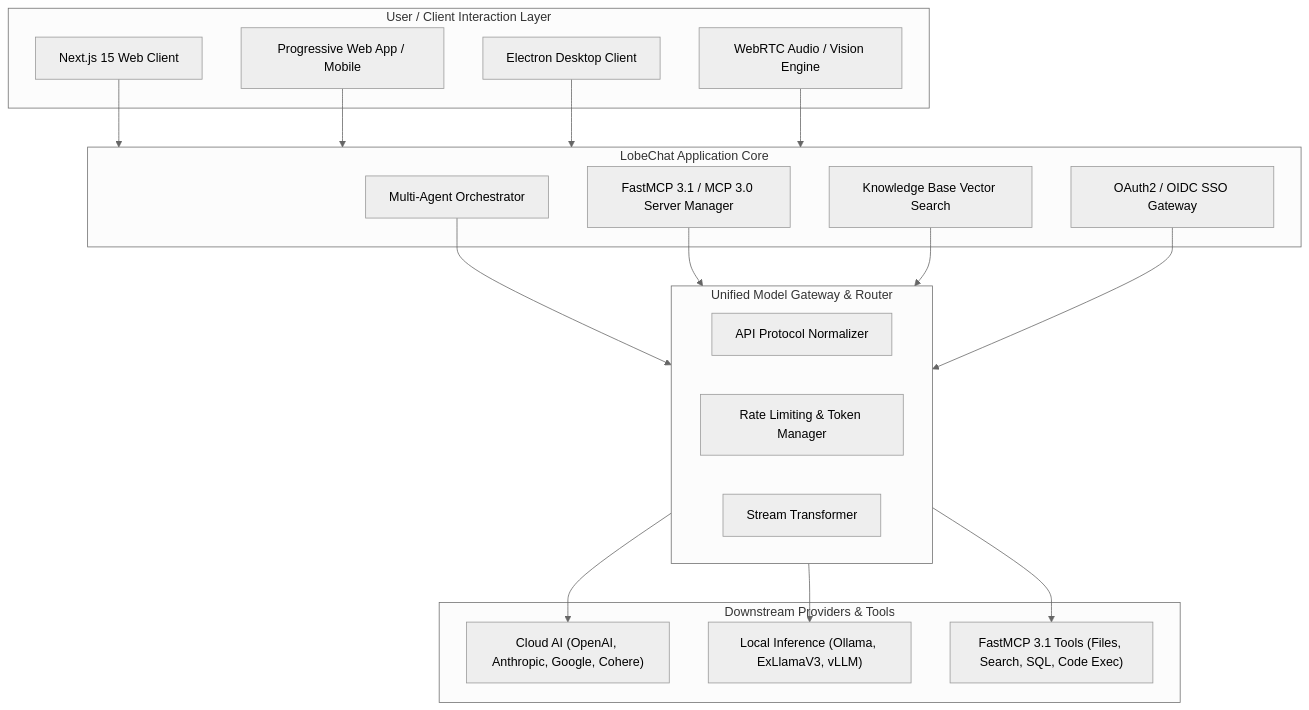
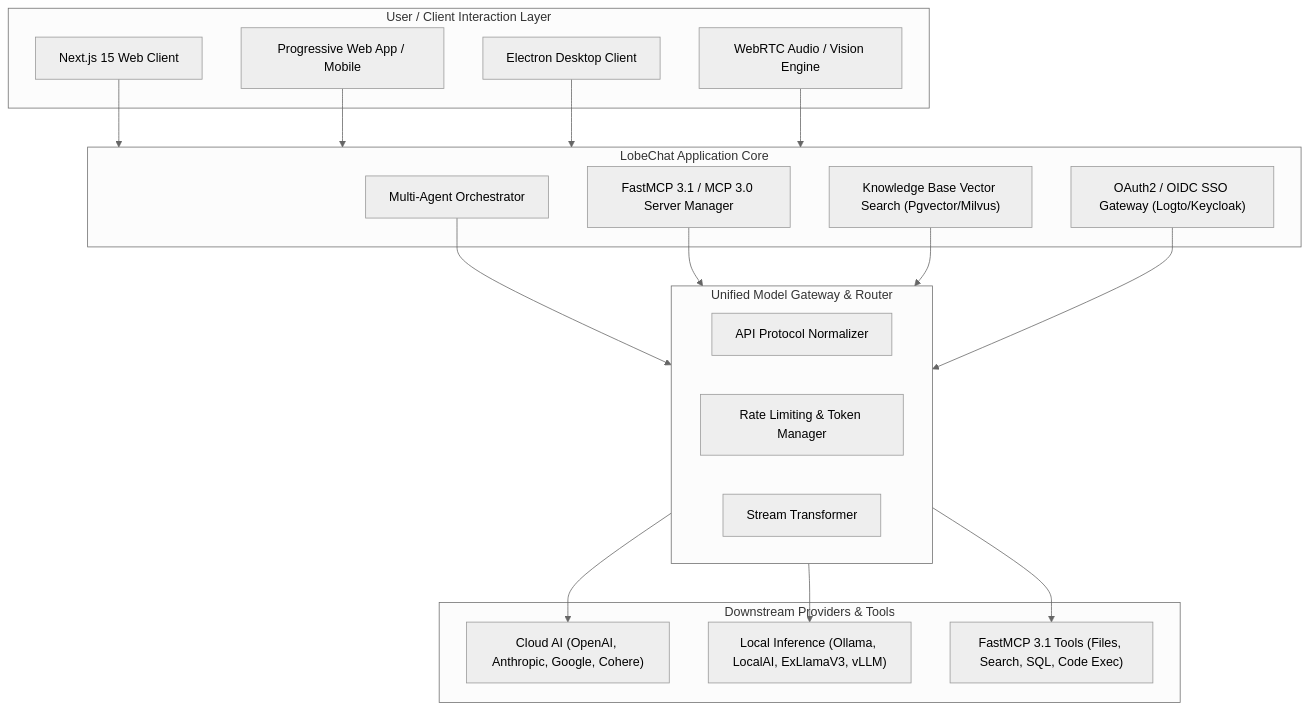
One commit to joanmarcriera/Home-office-automations changed the diagram in docs/tools/ai_knowledge/lobehub.md. Above: the diagram before and after it, drawn with Mermaid (neutral theme). The commit also changed other lines of this file and 5 other files, not shown here.

````diff
--- a/docs/tools/ai_knowledge/lobehub.md
+++ b/docs/tools/ai_knowledge/lobehub.md
@@ -13,32 +13,32 @@
 ```mermaid
 flowchart TD
     subgraph ClientLayer ["User / Client Interaction Layer"]
         WEB["Next.js 15 Web Client"]
         PWA["Progressive Web App / Mobile"]
         DESK["Electron Desktop Client"]
         RTC["WebRTC Audio / Vision Engine"]
     end
 
     subgraph CoreEngine ["LobeChat Application Core"]
         ORCH["Multi-Agent Orchestrator"]
         MCPM["FastMCP 3.1 / MCP 3.0 Server Manager"]
-        RAG["Knowledge Base Vector Search"]
-        SSO["OAuth2 / OIDC SSO Gateway"]
+        RAG["Knowledge Base Vector Search (Pgvector/Milvus)"]
+        SSO["OAuth2 / OIDC SSO Gateway (Logto/Keycloak)"]
     end
 
     subgraph Gateway ["Unified Model Gateway & Router"]
         NORM["API Protocol Normalizer"]
         RATE["Rate Limiting & Token Manager"]
         STREAM["Stream Transformer"]
     end
 
     subgraph Backends ["Downstream Providers & Tools"]
         CLOUD["Cloud AI (OpenAI, Anthropic, Google, Cohere)"]
-        LOCAL["Local Inference (Ollama, ExLlamaV3, vLLM)"]
+        LOCAL["Local Inference (Ollama, LocalAI, ExLlamaV3, vLLM)"]
         TOOLS["FastMCP 3.1 Tools (Files, Search, SQL, Code Exec)"]
     end
 
     WEB & PWA & DESK & RTC --> CoreEngine
     ORCH & MCPM & RAG & SSO --> Gateway
     Gateway --> CLOUD & LOCAL & TOOLS
 ```
````
